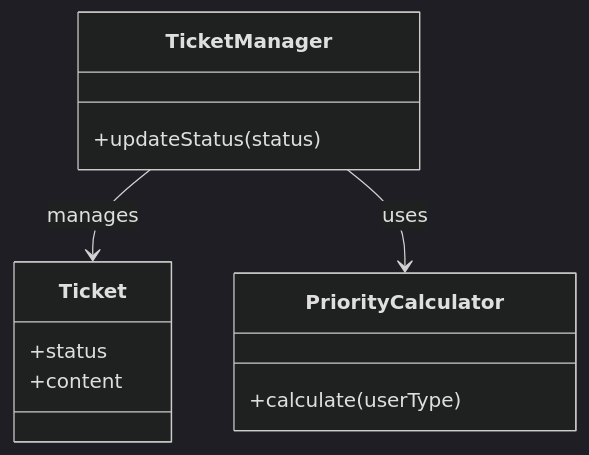
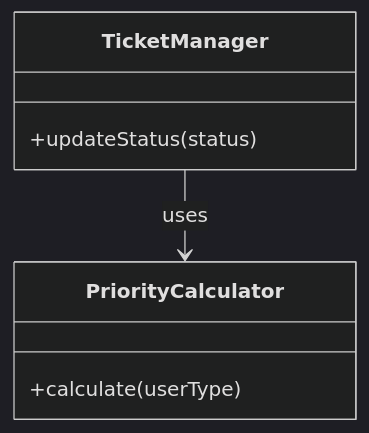
Before and after one commit to kumachan1101-pixel/DesignPattern: the second of 11 diagrams in kindle/design-patterns/output/chapter09_2.md, drawn with Mermaid (dark theme). The commit also changed other lines of this file and 7 other files, not shown here.

````diff
--- a/kindle/design-patterns/output/chapter09_2.md
+++ b/kindle/design-patterns/output/chapter09_2.md
@@ -111,15 +110,10 @@
 ```mermaid
 classDiagram
-    class Ticket {
-        +status
-        +content
-    }
     class TicketManager {
         +updateStatus(status)
     }
     class PriorityCalculator {
         +calculate(userType)
     }
-    TicketManager --> Ticket : manages
     TicketManager --> PriorityCalculator : uses
 ```
````
